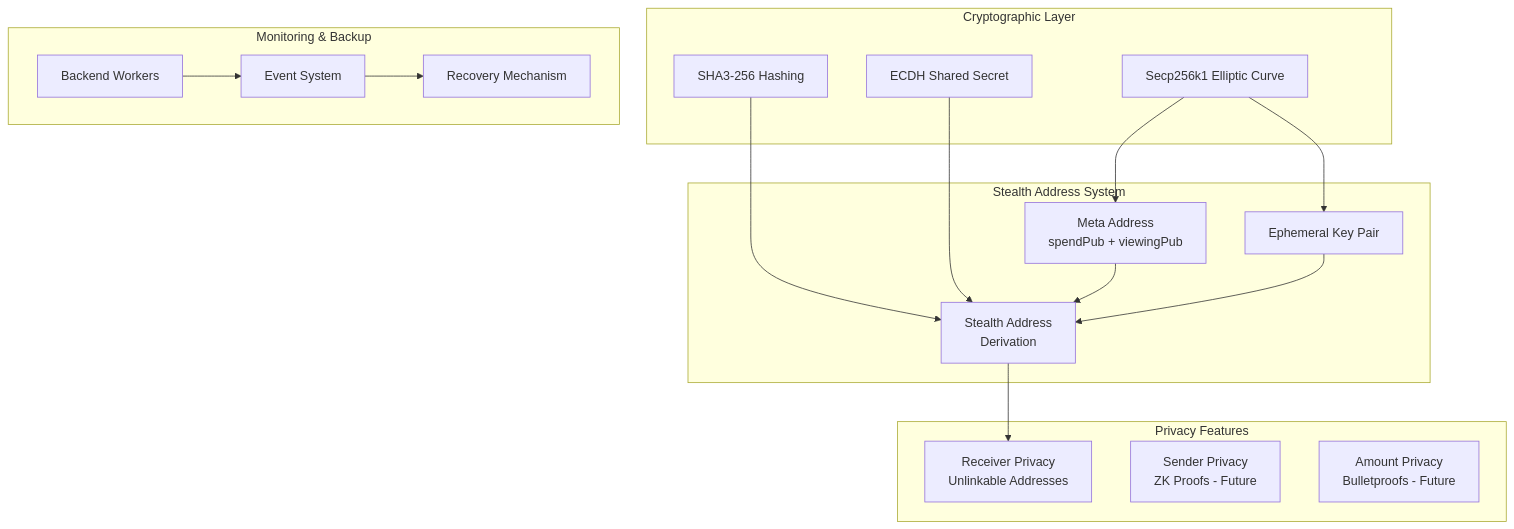
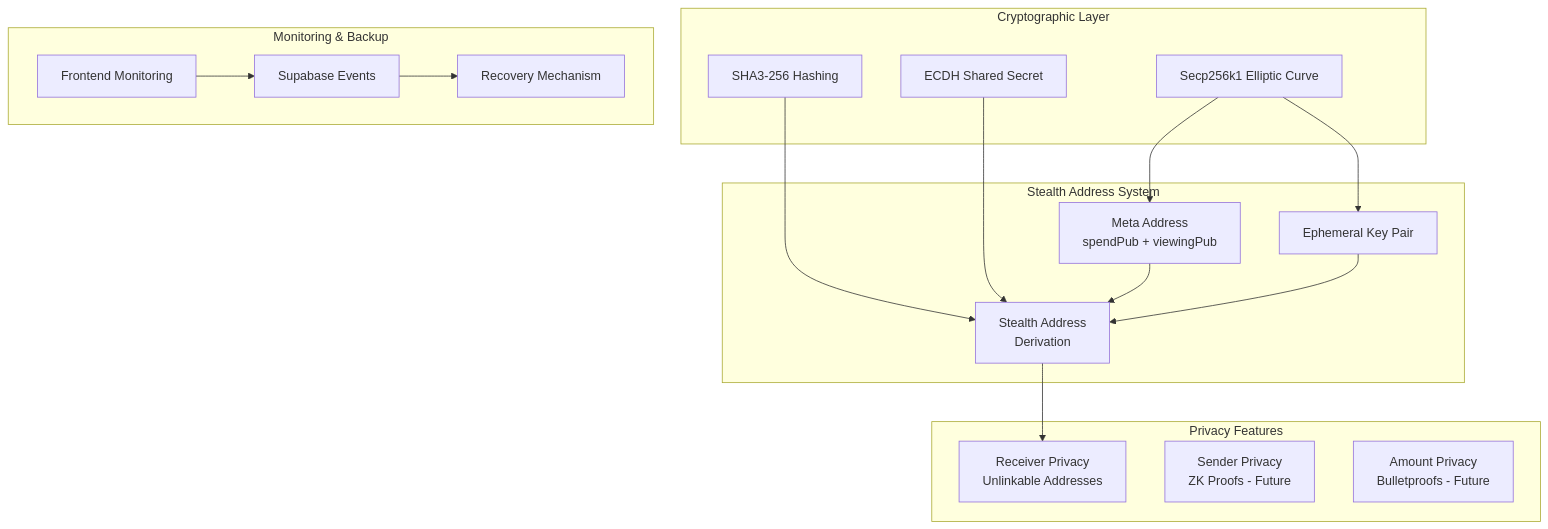
Before and after one commit to AmaanSayyad/Private-Pay-QIE: the fourth of 8 diagrams in README.md, drawn with Mermaid. The commit also changed other lines of this file, not shown here.

````diff
--- a/README.md
+++ b/README.md
@@ -396,36 +382,36 @@
 ```mermaid
 graph TD
     subgraph "Cryptographic Layer"
         Secp256k1[Secp256k1 Elliptic Curve]
         SHA3[SHA3-256 Hashing]
         ECDH[ECDH Shared Secret]
     end
     
     subgraph "Stealth Address System"
         Meta[Meta Address<br/>spendPub + viewingPub]
         Ephemeral[Ephemeral Key Pair]
         Stealth[Stealth Address<br/>Derivation]
     end
     
     subgraph "Privacy Features"
         Receiver[Receiver Privacy<br/>Unlinkable Addresses]
         Sender[Sender Privacy<br/>ZK Proofs - Future]
         Amount[Amount Privacy<br/>Bulletproofs - Future]
     end
     
     subgraph "Monitoring & Backup"
-        Workers[Backend Workers]
-        Events[Event System]
+        Frontend[Frontend Monitoring]
+        Events[Supabase Events]
         Recovery[Recovery Mechanism]
     end
     
     Secp256k1 --> Meta
     Secp256k1 --> Ephemeral
     SHA3 --> Stealth
     ECDH --> Stealth
     Meta --> Stealth
     Ephemeral --> Stealth
     Stealth --> Receiver
-    Workers --> Events
+    Frontend --> Events
     Events --> Recovery
 ```
````
